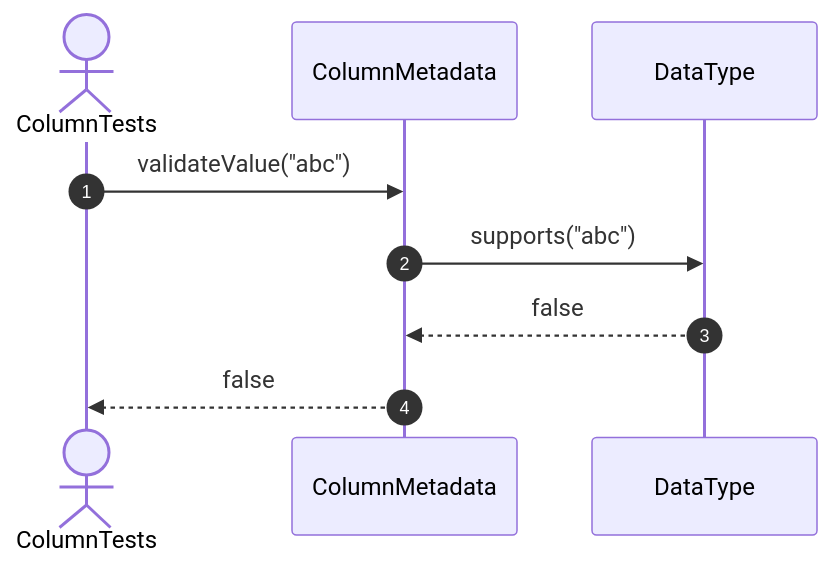
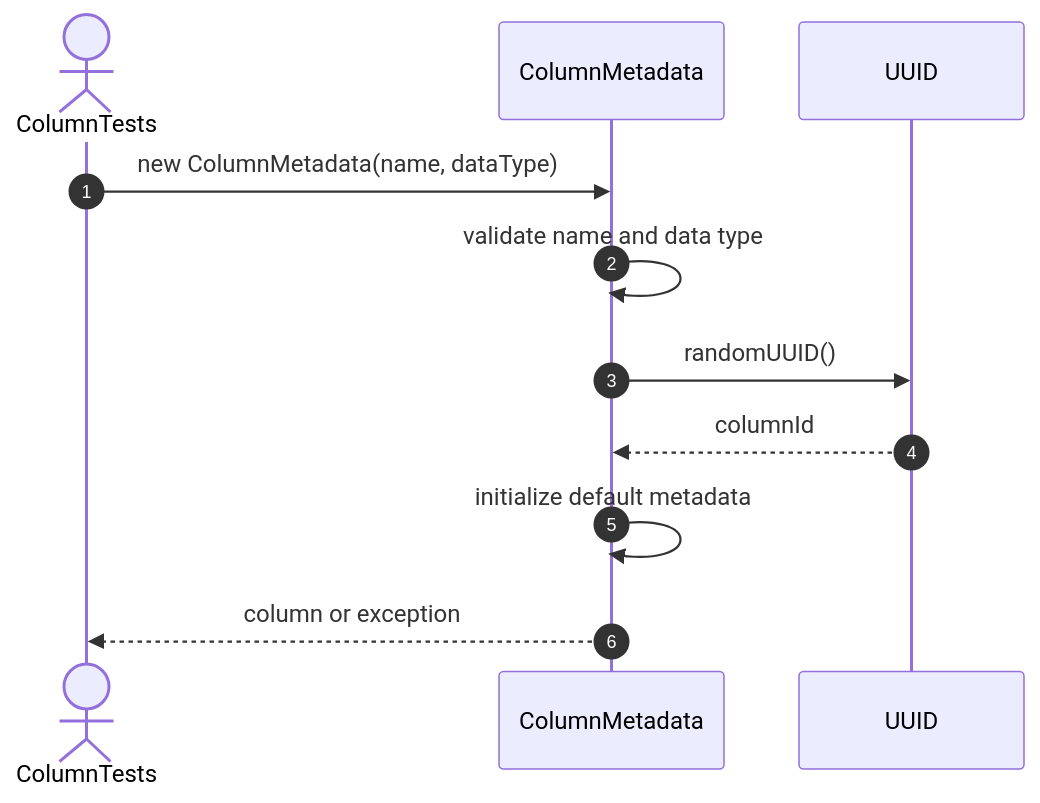
Before and after one commit to FhuAnn/-bbv-AN-s-DBMS: the eighth of 55 diagrams in src/tests/unit/metadata/sequences/columns-testing.se.md, drawn with Mermaid. The commit also changed other lines of this file and 9 other files, not shown here.

````diff
--- a/src/tests/unit/metadata/sequences/columns-testing.se.md
+++ b/src/tests/unit/metadata/sequences/columns-testing.se.md
@@ -101,12 +126,14 @@
 ```mermaid
 sequenceDiagram
     autonumber
     actor Test as ColumnTests
     participant Column as ColumnMetadata
-    participant Type as DataType
+    participant UUID as UUID
 
-    Test->>Column: validateValue("abc")
-    Column->>Type: supports("abc")
-    Type-->>Column: false
-    Column-->>Test: false
+    Test->>Column: new ColumnMetadata(name, dataType)
+    Column->>Column: validate name and data type
+    Column->>UUID: randomUUID()
+    UUID-->>Column: columnId
+    Column->>Column: initialize default metadata
+    Column-->>Test: column or exception
 ```
````
